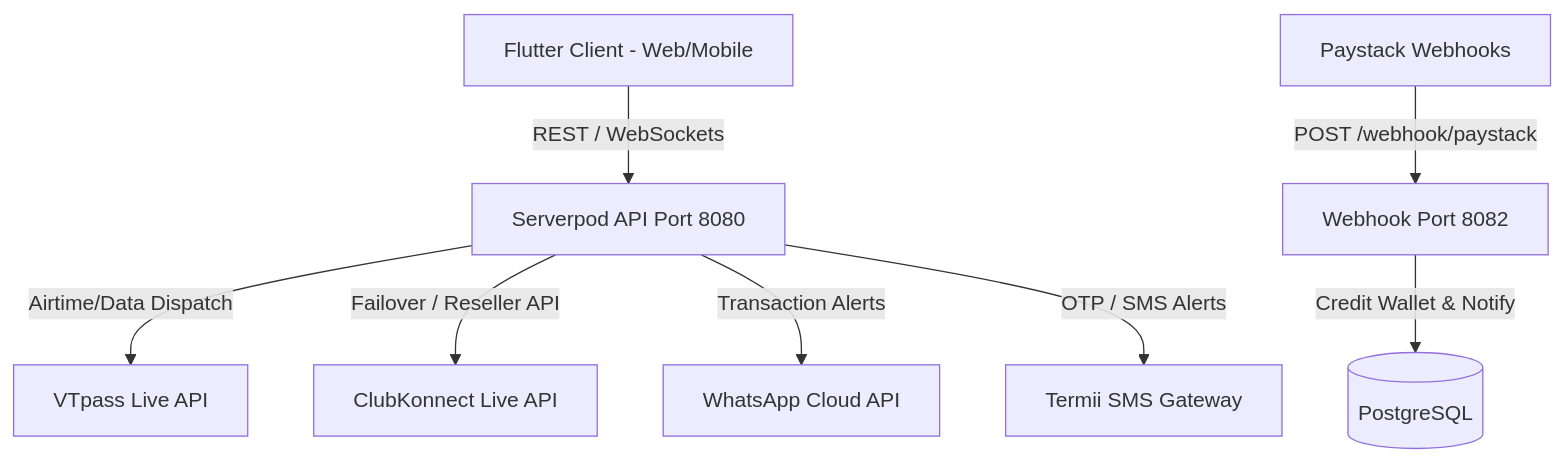
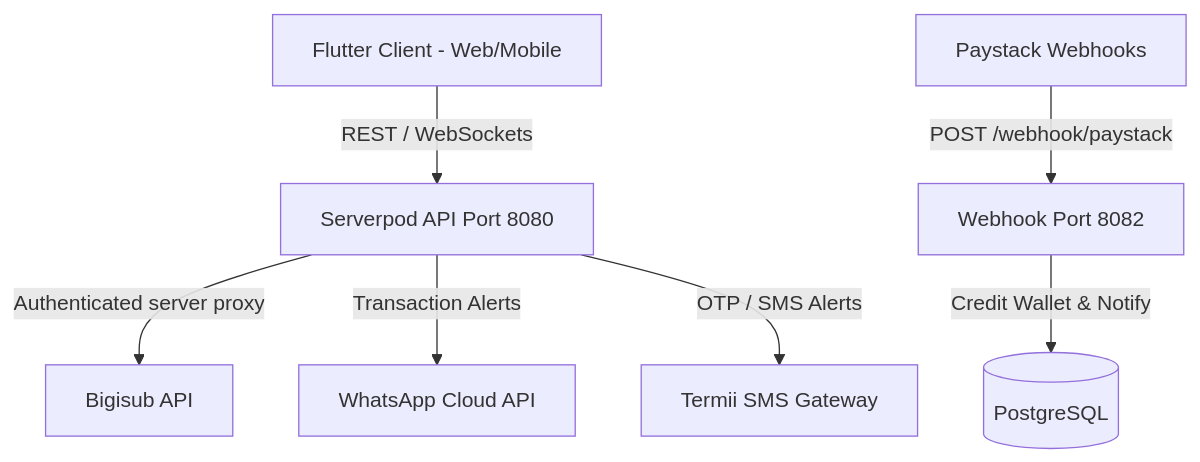
One commit to Adevictorolu/Avotek changed the diagram in docs/production_readiness_guide.md. Above: the diagram before and after it, drawn with Mermaid. The commit also changed other lines of this file and 27 other files, not shown here.

First line of the commit message:
feat(auth-vtu): secure Bigisub purchases and auth flows

````diff
--- a/docs/production_readiness_guide.md
+++ b/docs/production_readiness_guide.md
@@ -28,10 +29,9 @@
 ```mermaid
 graph TD
     Client[Flutter Client - Web/Mobile] -->|REST / WebSockets| Serverpod[Serverpod API Port 8080]
     Paystack[Paystack Webhooks] -->|POST /webhook/paystack| WebhookServer[Webhook Port 8082]
     WebhookServer -->|Credit Wallet & Notify| DB[(PostgreSQL)]
-    Serverpod -->|Airtime/Data Dispatch| VTpass[VTpass Live API]
-    Serverpod -->|Failover / Reseller API| ClubKonnect[ClubKonnect Live API]
+    Serverpod -->|Authenticated server proxy| Bigisub[Bigisub API]
     Serverpod -->|Transaction Alerts| WhatsApp[WhatsApp Cloud API]
     Serverpod -->|OTP / SMS Alerts| Termii[Termii SMS Gateway]
 ```
````
